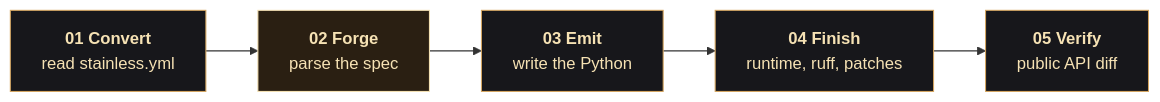
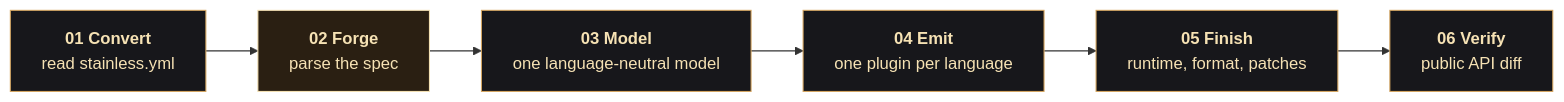
One commit to shrijayan/ferrule changed the diagram in README.md. Above: the diagram before and after it, drawn with Mermaid. The commit also changed other lines of this file, not shown here.

Commit message:
docs: lead the readme with every sdk language and the rust core

````diff
--- a/README.md
+++ b/README.md
@@ -75,12 +122,13 @@
 ```mermaid
 flowchart LR
   C["<b>01 Convert</b><br/>read stainless.yml"] --> F["<b>02 Forge</b><br/>parse the spec"]
-  F --> E["<b>03 Emit</b><br/>write the Python"]
-  E --> FI["<b>04 Finish</b><br/>runtime, ruff, patches"]
-  FI --> V["<b>05 Verify</b><br/>public API diff"]
+  F --> M["<b>03 Model</b><br/>one language-neutral model"]
+  M --> P["<b>04 Emit</b><br/>one plugin per language"]
+  P --> FI["<b>05 Finish</b><br/>runtime, format, patches"]
+  FI --> V["<b>06 Verify</b><br/>public API diff"]
 
   classDef step fill:#17171b,stroke:#d6a660,color:#f6e2b4
   classDef forge fill:#2a1f12,stroke:#f6e2b4,color:#f6e2b4
-  class C,E,FI,V step
+  class C,M,P,FI,V step
   class F forge
 ```
````
